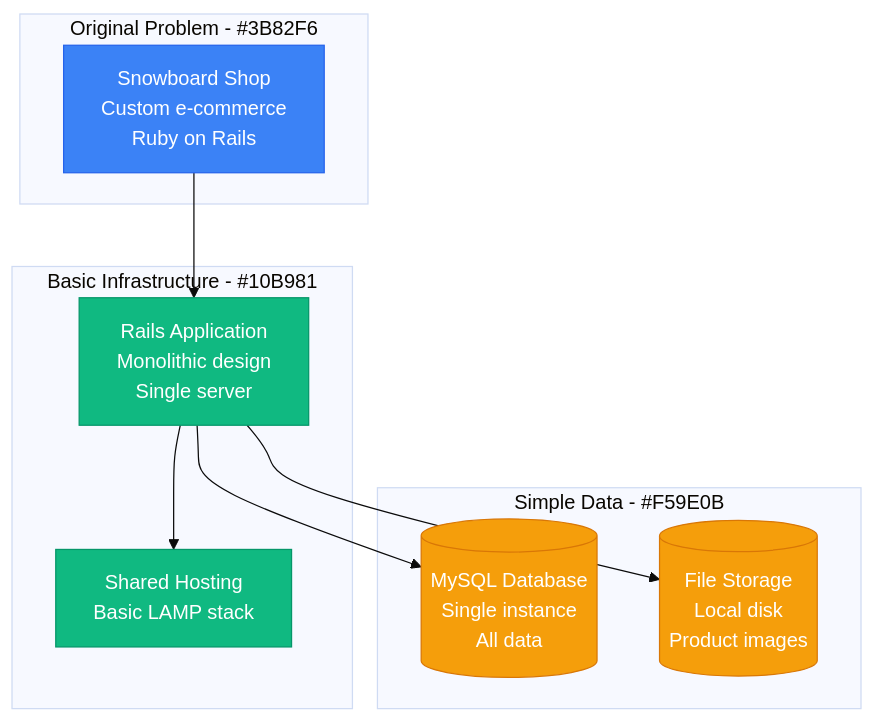
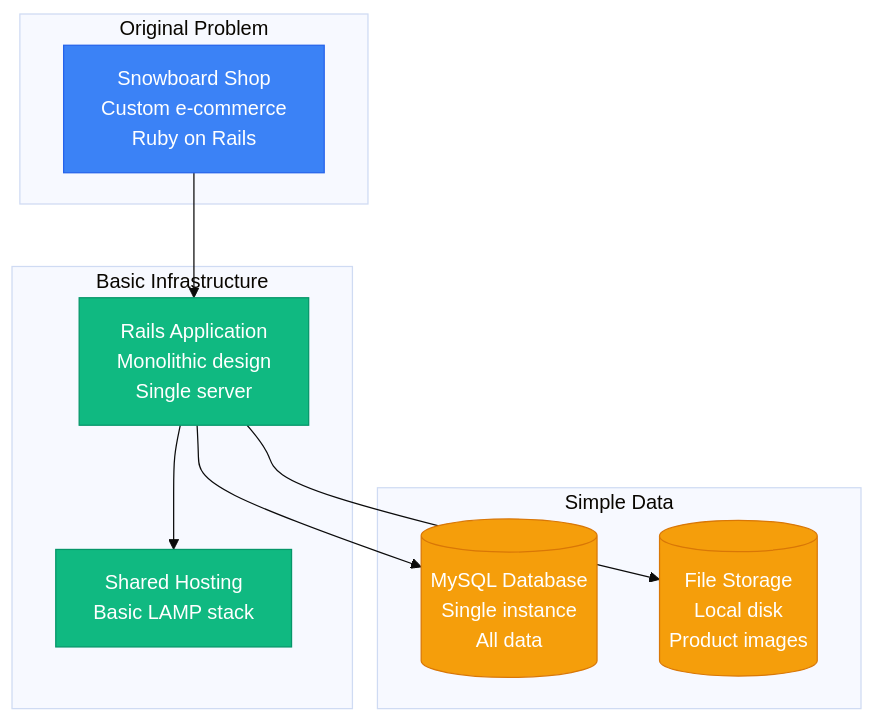
One commit to deepaucksharma/DS changed the first of 4 diagrams in site/docs/scaling/shopify-scale-evolution.md. Above: the diagram before and after it, drawn with Mermaid (base theme). The commit also changed other lines of this file and 169 other files, not shown here.

````diff
--- a/site/docs/scaling/shopify-scale-evolution.md
+++ b/site/docs/scaling/shopify-scale-evolution.md
@@ -18,29 +18,29 @@
 ```mermaid
 graph TB
-    subgraph Origin[Original Problem - #3B82F6]
+    subgraph Origin["Original Problem"]
         SNOWBOARD[Snowboard Shop<br/>Custom e-commerce<br/>Ruby on Rails]
     end
 
-    subgraph BasicInfra[Basic Infrastructure - #10B981]
+    subgraph BasicInfra["Basic Infrastructure"]
         RAILS_APP[Rails Application<br/>Monolithic design<br/>Single server]
         SHARED_HOSTING[Shared Hosting<br/>Basic LAMP stack]
     end
 
-    subgraph SimpleData[Simple Data - #F59E0B]
+    subgraph SimpleData["Simple Data"]
         MYSQL[(MySQL Database<br/>Single instance<br/>All data)]
         FILES[(File Storage<br/>Local disk<br/>Product images)]
     end
 
     SNOWBOARD --> RAILS_APP
     RAILS_APP --> SHARED_HOSTING
     RAILS_APP --> MYSQL
     RAILS_APP --> FILES
 
     classDef originStyle fill:#3B82F6,stroke:#2563EB,color:#fff
     classDef infraStyle fill:#10B981,stroke:#059669,color:#fff
     classDef dataStyle fill:#F59E0B,stroke:#D97706,color:#fff
 
     class SNOWBOARD originStyle
     class RAILS_APP,SHARED_HOSTING infraStyle
     class MYSQL,FILES dataStyle
 ```
````
